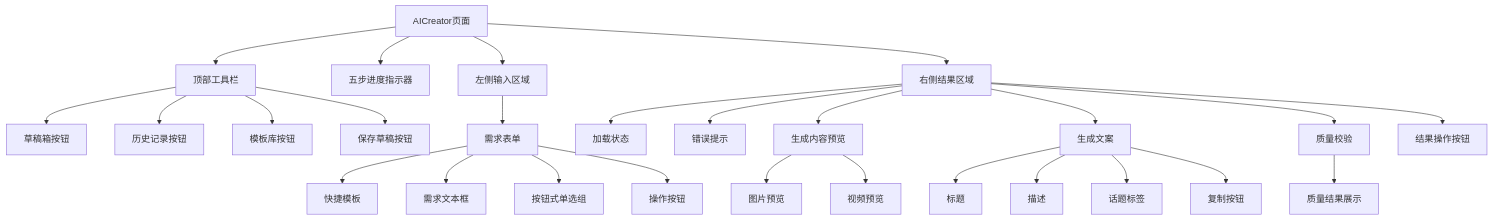
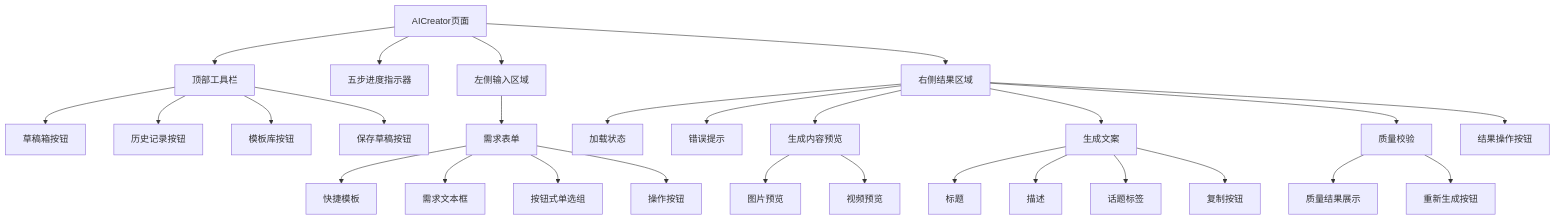
Before and after one commit to songdiyang/clawOperations: the ninth of 18 diagrams in .qoder/repowiki/zh/content/核心模块详解/Web界面系统/AI创作页面.md, drawn with Mermaid. The commit also changed other lines of this file and 8 other files, not shown here.

````diff
--- a/.qoder/repowiki/zh/content/核心模块详解/Web界面系统/AI创作页面.md
+++ b/.qoder/repowiki/zh/content/核心模块详解/Web界面系统/AI创作页面.md
@@ -382,29 +427,30 @@
 ```mermaid
 graph TD
 AICreator[AICreator页面] --> TopToolbar[顶部工具栏]
 AICreator --> Steps[五步进度指示器]
 AICreator --> Left[左侧输入区域]
 AICreator --> Right[右侧结果区域]
 TopToolbar --> DraftBtn[草稿箱按钮]
 TopToolbar --> HistoryBtn[历史记录按钮]
 TopToolbar --> TemplateBtn[模板库按钮]
 TopToolbar --> SaveDraftBtn[保存草稿按钮]
 Left --> Form[需求表单]
 Form --> QuickTemplates[快捷模板]
 Form --> TextArea[需求文本框]
 Form --> ButtonRadio[按钮式单选组]
 Form --> ActionButtons[操作按钮]
 Right --> Loading[加载状态]
 Right --> Error[错误提示]
 Right --> Content[生成内容预览]
 Right --> Copywriting[生成文案]
 Right --> QualityCheck[质量校验]
 Right --> ResultButtons[结果操作按钮]
 Content --> Image[图片预览]
 Content --> Video[视频预览]
 Copywriting --> Title[标题]
 Copywriting --> Description[描述]
 Copywriting --> Hashtags[话题标签]
 Copywriting --> CopyButtons[复制按钮]
 QualityCheck --> QualityResult[质量结果展示]
+QualityCheck --> RegenerateButton[重新生成按钮]
 ```
````
